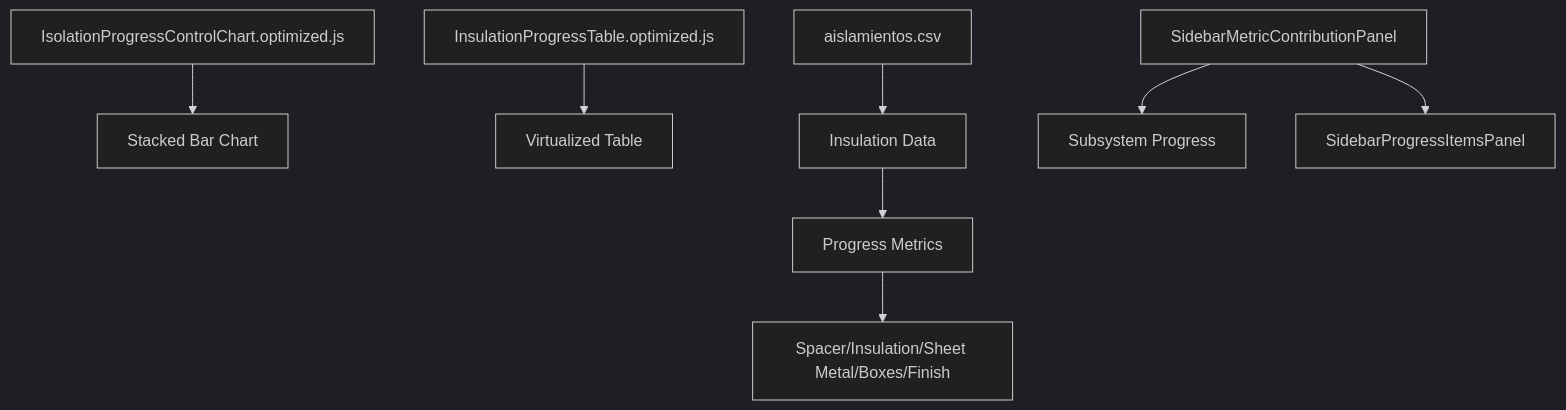
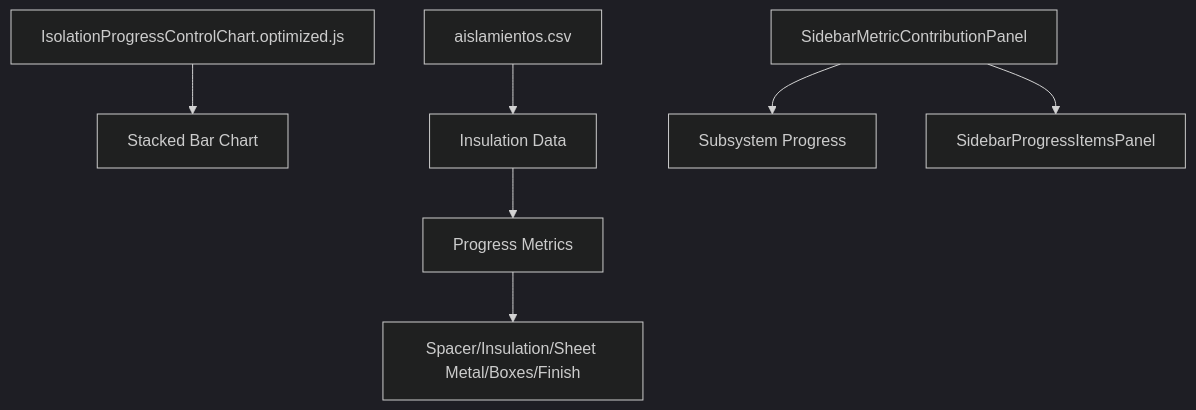
The seventh of 19 diagrams in ReactApp/resources/ChartPipeline/Docs/FlowMap/q-dev-chat-2025-07-28.md (biaggiogz/AWSTerraform), drawn with Mermaid (dark theme) before and after one commit. The commit also changed other lines of this file and 2 other files, not shown here.

Commit message:
insulation table

````diff
--- a/ReactApp/resources/ChartPipeline/Docs/FlowMap/q-dev-chat-2025-07-28.md
+++ b/ReactApp/resources/ChartPipeline/Docs/FlowMap/q-dev-chat-2025-07-28.md
@@ -105,12 +105,11 @@
 ```mermaid
 graph TD
     A[IsolationProgressControlChart.optimized.js] --> B[Stacked Bar Chart]
-    C[InsulationProgressTable.optimized.js] --> D[Virtualized Table]
     
     E[aislamientos.csv] --> F[Insulation Data]
     F --> G[Progress Metrics]
     G --> H[Spacer/Insulation/Sheet Metal/Boxes/Finish]
     
     I[SidebarMetricContributionPanel] --> J[Subsystem Progress]
     I --> K[SidebarProgressItemsPanel]
 ```
````
